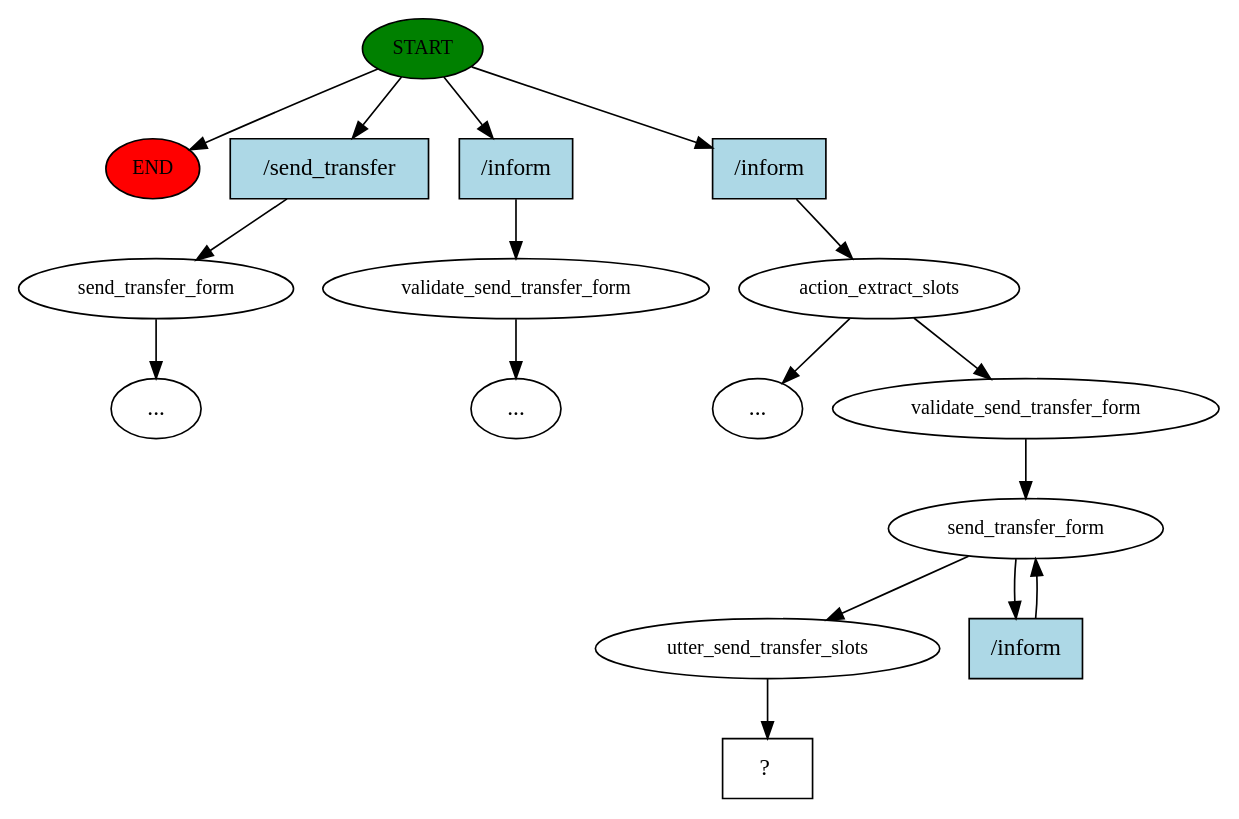
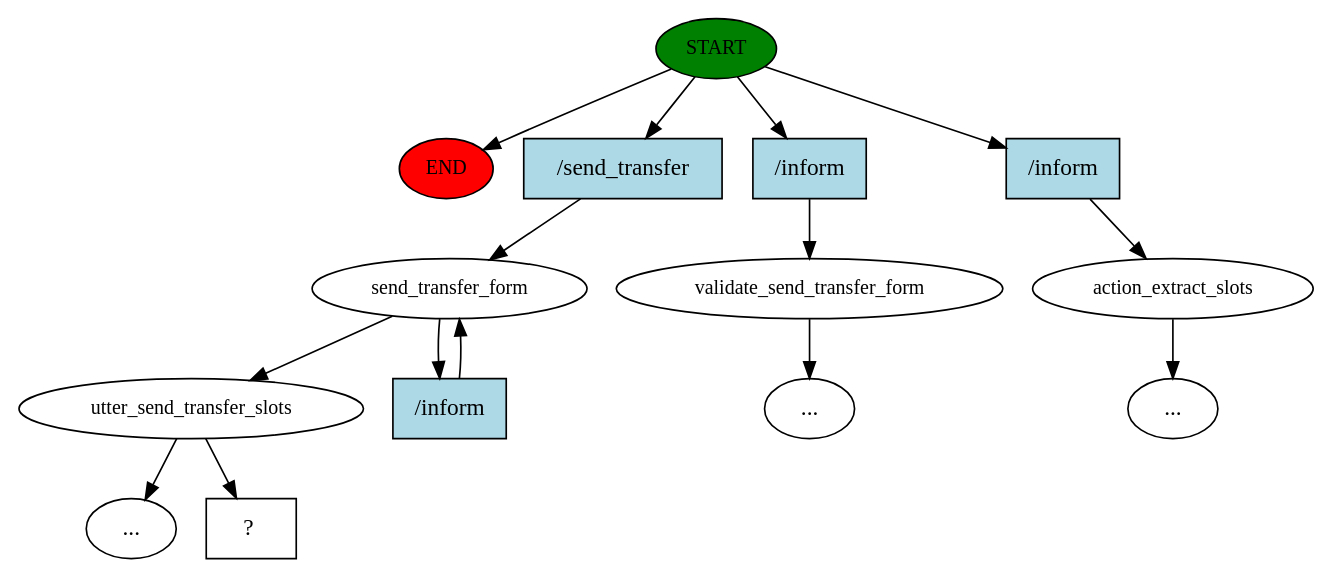
The diagram in rasa/story_graph.dot (masehdh/sinbad-telephone-banking), drawn with Graphviz before and after one commit. The commit also changed 4 other files, not shown here.

```diff
--- a/rasa/story_graph.dot
+++ b/rasa/story_graph.dot
@@ -1,34 +1,30 @@
 digraph  {
 0 [class="start active", fillcolor=green, fontsize=12, label=START, style=filled];
 "-1" [class=end, fillcolor=red, fontsize=12, label=END, style=filled];
-1 [class="", fontsize=12, label=send_transfer_form];
+1 [class=active, fontsize=12, label=send_transfer_form];
+2 [class=active, fontsize=12, label=utter_send_transfer_slots];
 "-3" [class=ellipsis, label="..."];
-2 [class="", fontsize=12, label=validate_send_transfer_form];
+3 [class="", fontsize=12, label=validate_send_transfer_form];
 "-11" [class=ellipsis, label="..."];
-10 [class=active, fontsize=12, label=action_extract_slots];
+11 [class="", fontsize=12, label=action_extract_slots];
 "-12" [class=ellipsis, label="..."];
-12 [class=active, fontsize=12, label=validate_send_transfer_form];
-13 [class=active, fontsize=12, label=send_transfer_form];
-15 [class=active, fontsize=12, label=utter_send_transfer_slots];
 16 [class="intent dashed active", label="  ?  ", shape=rect];
-17 [class=intent, fillcolor=lightblue, label="/send_transfer", shape=rect, style=filled];
+17 [class="intent active", fillcolor=lightblue, label="/send_transfer", shape=rect, style=filled];
 18 [class=intent, fillcolor=lightblue, label="/inform", shape=rect, style=filled];
-19 [class="intent active", fillcolor=lightblue, label="/inform", shape=rect, style=filled];
+19 [class=intent, fillcolor=lightblue, label="/inform", shape=rect, style=filled];
 20 [class="intent active", fillcolor=lightblue, label="/inform", shape=rect, style=filled];
 0 -> "-1"  [class="", key=NONE, label=""];
-0 -> 17  [class="", key=0];
+0 -> 17  [class=active, key=0];
 0 -> 18  [class="", key=0];
-0 -> 19  [class=active, key=0];
-1 -> "-3"  [class="", key=NONE, label=""];
-2 -> "-11"  [class="", key=NONE, label=""];
-10 -> "-12"  [class="", key=NONE, label=""];
-10 -> 12  [class=active, key=NONE, label=""];
-12 -> 13  [class=active, key=NONE, label=""];
-13 -> 15  [class=active, key=NONE, label=""];
-13 -> 20  [class=active, key=0];
-15 -> 16  [class=active, key=NONE, label=""];
-17 -> 1  [class="", key=0];
-18 -> 2  [class="", key=0];
-19 -> 10  [class=active, key=0];
-20 -> 13  [class=active, key=0];
+0 -> 19  [class="", key=0];
+1 -> 2  [class=active, key=NONE, label=""];
+1 -> 20  [class=active, key=0];
+2 -> "-3"  [class="", key=NONE, label=""];
+2 -> 16  [class=active, key=NONE, label=""];
+3 -> "-11"  [class="", key=NONE, label=""];
+11 -> "-12"  [class="", key=NONE, label=""];
+17 -> 1  [class=active, key=0];
+18 -> 3  [class="", key=0];
+19 -> 11  [class="", key=0];
+20 -> 1  [class=active, key=0];
 }
```
